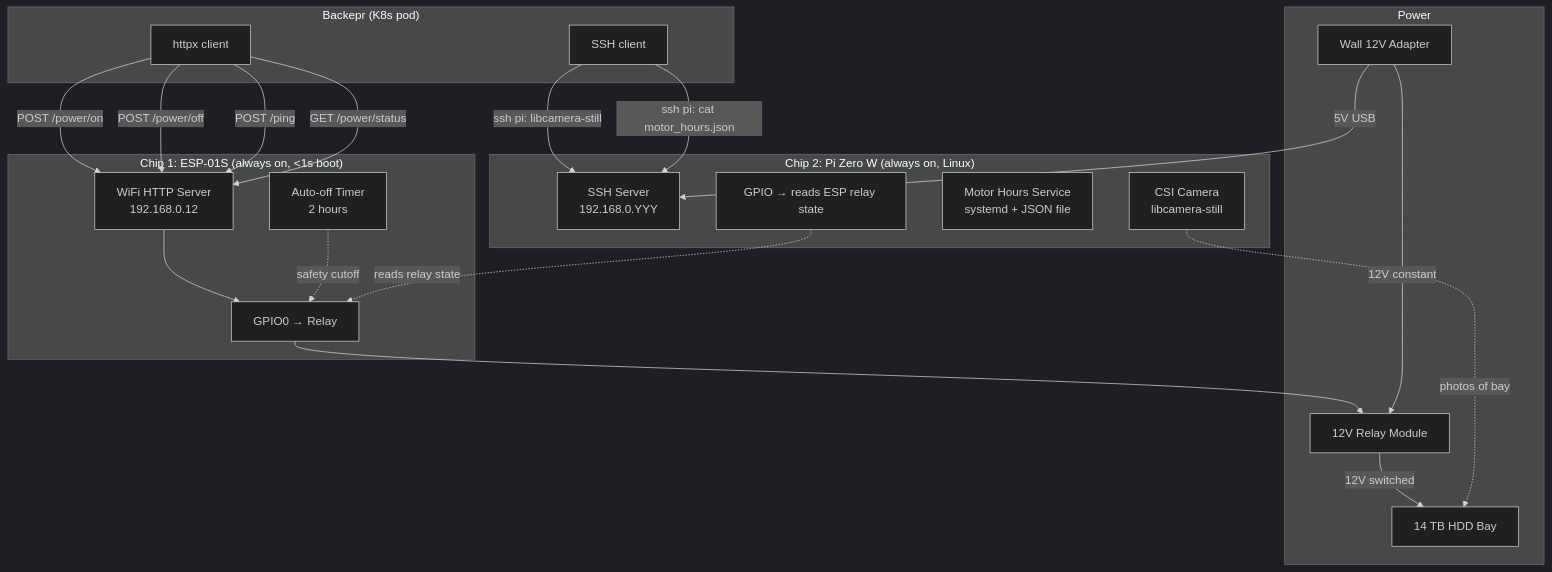
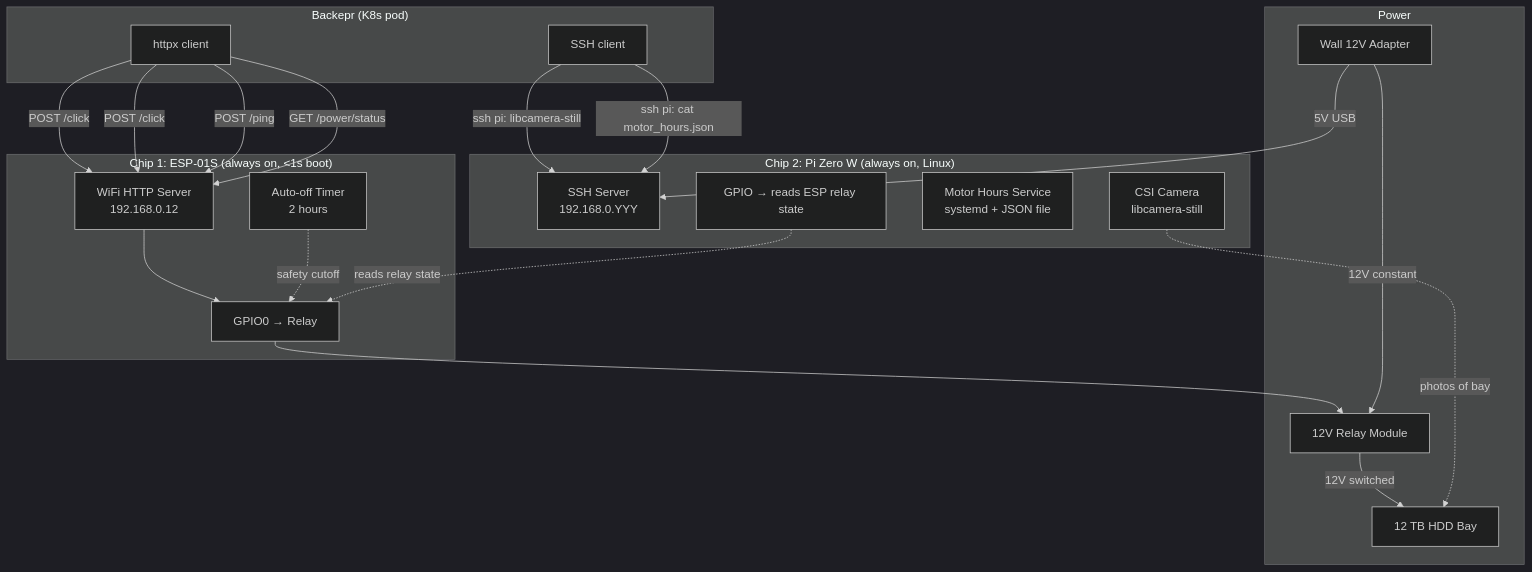
The fourth of 4 diagrams in workload/backepr/DESIGN.md (singularis/racoon_server), drawn with Mermaid (dark theme) before and after one commit. The commit also changed other lines of this file, not shown here.

Commit message:
docs: update archive drive capacity to 12 TB, adjust restic retention policy, and rename power relay endpoint to /click

````diff
--- a/workload/backepr/DESIGN.md
+++ b/workload/backepr/DESIGN.md
@@ -640,43 +642,43 @@
 ```mermaid
 graph TB
     subgraph "Backepr (K8s pod)"
         BP_HTTP["httpx client"]
         BP_SSH["SSH client"]
     end
 
     subgraph "Chip 1: ESP-01S (always on, <1s boot)"
         ESP_HTTP["WiFi HTTP Server<br/>192.168.0.12"]
         ESP_GPIO["GPIO0 → Relay"]
         ESP_TIMER["Auto-off Timer<br/>2 hours"]
     end
 
     subgraph "Chip 2: Pi Zero W (always on, Linux)"
         PI_SSH["SSH Server<br/>192.168.0.YYY"]
         PI_CAM["CSI Camera<br/>libcamera-still"]
         PI_MOTOR["Motor Hours Service<br/>systemd + JSON file"]
         PI_GPIO["GPIO → reads ESP relay state"]
     end
 
     subgraph "Power"
         RELAY["12V Relay Module"]
-        HDD["14 TB HDD Bay"]
+        HDD["12 TB HDD Bay"]
         PSU["Wall 12V Adapter"]
     end
 
-    BP_HTTP -->|"POST /power/on"| ESP_HTTP
-    BP_HTTP -->|"POST /power/off"| ESP_HTTP
+    BP_HTTP -->|"POST /click"| ESP_HTTP
+    BP_HTTP -->|"POST /click"| ESP_HTTP
     BP_HTTP -->|"POST /ping"| ESP_HTTP
     BP_HTTP -->|"GET /power/status"| ESP_HTTP
     BP_SSH -->|"ssh pi: libcamera-still"| PI_SSH
     BP_SSH -->|"ssh pi: cat motor_hours.json"| PI_SSH
 
     ESP_HTTP --> ESP_GPIO
     ESP_GPIO --> RELAY
     ESP_TIMER -.->|"safety cutoff"| ESP_GPIO
     RELAY -->|"12V switched"| HDD
     PSU -->|"12V constant"| RELAY
     PSU -->|"5V USB"| PI_SSH
 
     PI_GPIO -.->|"reads relay state"| ESP_GPIO
     PI_CAM -.->|"photos of bay"| HDD
 ```
````
